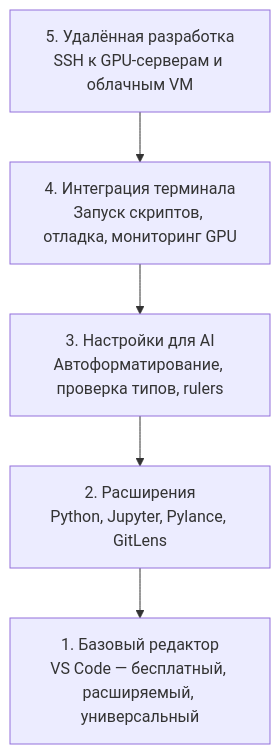
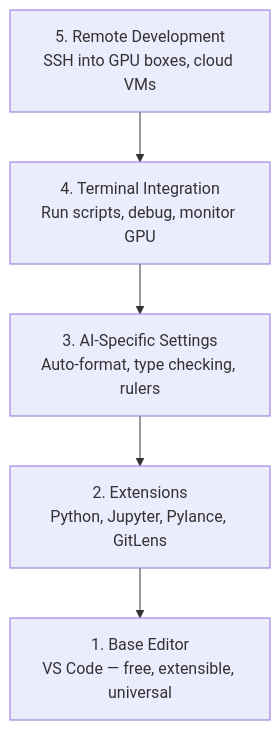
Before and after one commit to stabuev/ai-engineering-from-scratch: the diagram in phases/00-setup-and-tooling/08-editor-setup/docs/ru.md, drawn with Mermaid. The commit also changed other lines of this file and 182 other files, not shown here.

````diff
--- a/phases/00-setup-and-tooling/08-editor-setup/docs/ru.md
+++ b/phases/00-setup-and-tooling/08-editor-setup/docs/ru.md
@@ -27,8 +27,8 @@
 ```mermaid
 graph TD
-    L5["5. Удалённая разработка<br/>SSH к GPU-серверам и облачным VM"] --> L4
-    L4["4. Интеграция терминала<br/>Запуск скриптов, отладка, мониторинг GPU"] --> L3
-    L3["3. Настройки для AI<br/>Автоформатирование, проверка типов, rulers"] --> L2
-    L2["2. Расширения<br/>Python, Jupyter, Pylance, GitLens"] --> L1
-    L1["1. Базовый редактор<br/>VS Code — бесплатный, расширяемый, универсальный"]
+    L5["5. Remote Development<br/>SSH into GPU boxes, cloud VMs"] --> L4
+    L4["4. Terminal Integration<br/>Run scripts, debug, monitor GPU"] --> L3
+    L3["3. AI-Specific Settings<br/>Auto-format, type checking, rulers"] --> L2
+    L2["2. Extensions<br/>Python, Jupyter, Pylance, GitLens"] --> L1
+    L1["1. Base Editor<br/>VS Code — free, extensible, universal"]
 ```
````
